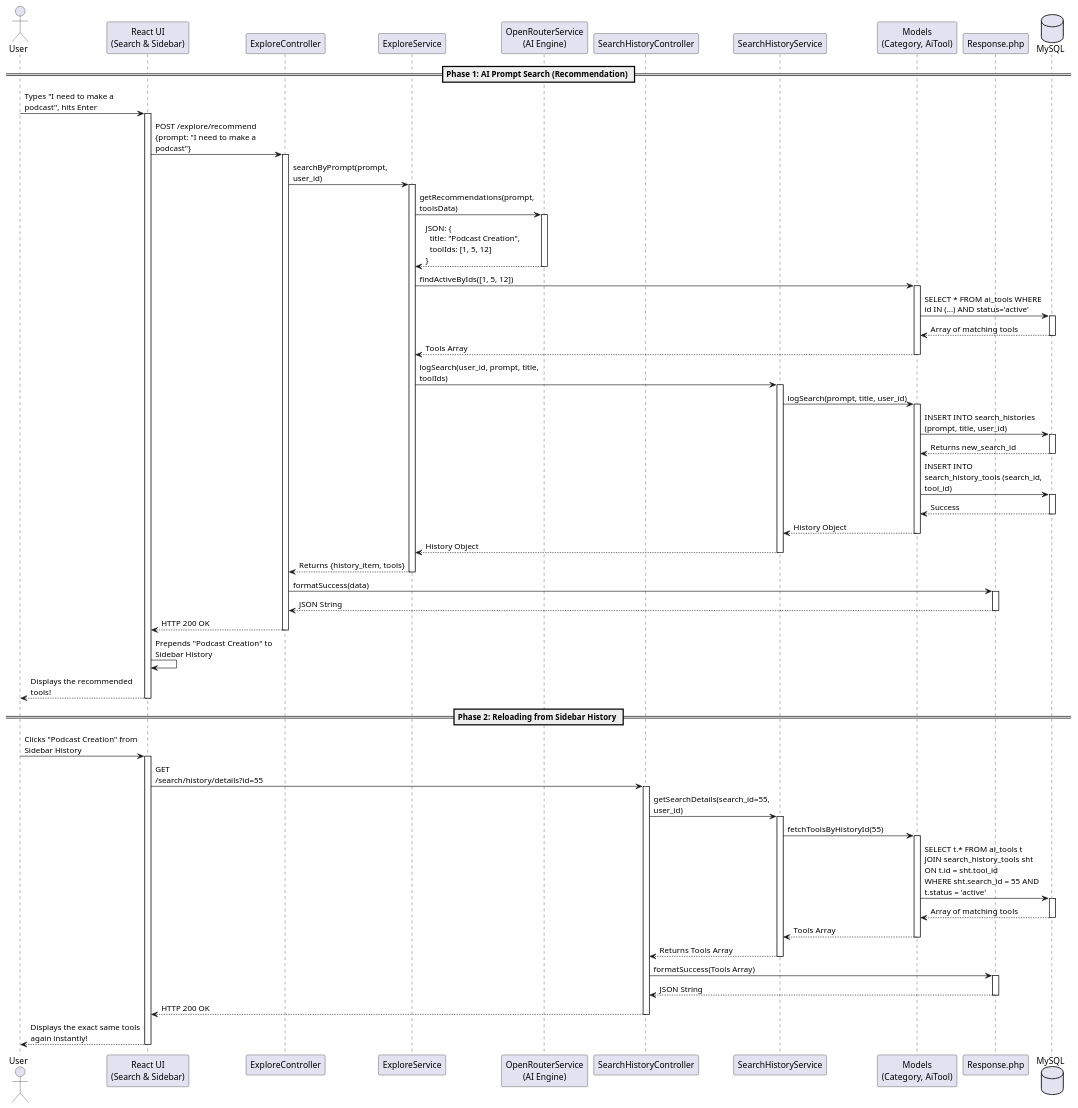
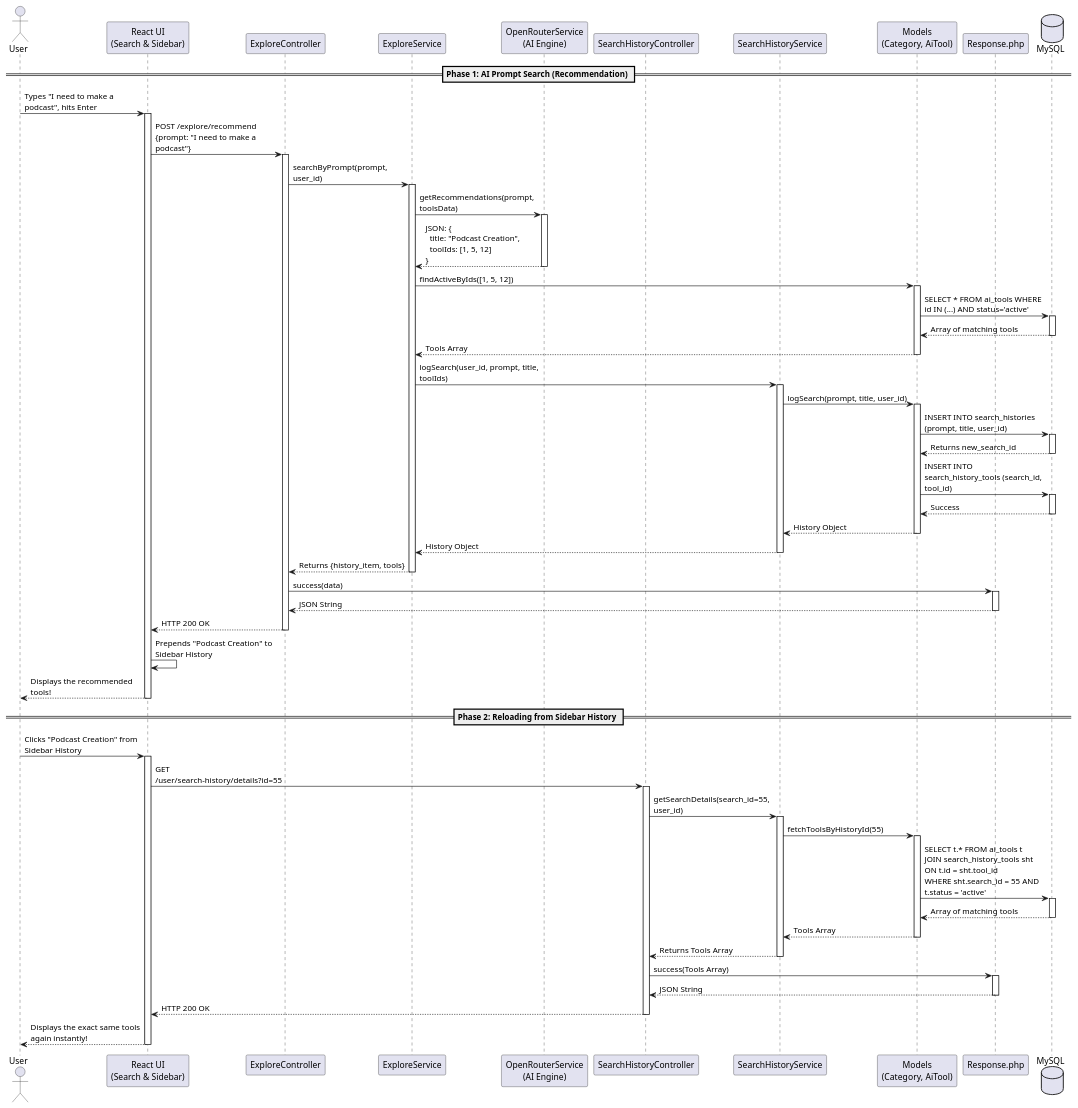
Before and after one commit to dss47/Penguins: the diagram in docs/sequence/searchAI.wsd, drawn with PlantUML. The commit also changed 11 other files, not shown here.

Commit message:
sequence edit

```diff
--- a/docs/sequence/searchAI.wsd
+++ b/docs/sequence/searchAI.wsd
@@ -1,109 +1,109 @@
 @startuml ai_semantic_search
 skinparam maxMessageSize 200
 
 actor "User" as user
 participant "React UI\n(Search & Sidebar)" as react
 participant "ExploreController" as explore_ctrl
 participant "ExploreService" as service
 participant "OpenRouterService\n(AI Engine)" as ai
 participant "SearchHistoryController" as history_ctrl
 participant "SearchHistoryService" as history_svc
 participant "Models\n(Category, AiTool)" as model
 participant "Response.php" as res
 database "MySQL" as db
 
 
 == Phase 1: AI Prompt Search (Recommendation) ==
 
 user -> react : Types "I need to make a podcast", hits Enter
 activate react
   
   react -> explore_ctrl : POST /explore/recommend\n{prompt: "I need to make a podcast"}
   activate explore_ctrl
     explore_ctrl -> service : searchByPrompt(prompt, user_id)
     activate service
       
       service -> ai : getRecommendations(prompt, toolsData)
       activate ai
         ai --> service : JSON: {\n  title: "Podcast Creation",\n  toolIds: [1, 5, 12]\n}
       deactivate ai
       
       service -> model : findActiveByIds([1, 5, 12])
       activate model
         model -> db : SELECT * FROM ai_tools WHERE id IN (...) AND status='active'
         activate db
           db --> model : Array of matching tools
         deactivate db
         model --> service : Tools Array
       deactivate model
       
       service -> history_svc : logSearch(user_id, prompt, title, toolIds)
       activate history_svc
         history_svc -> model : logSearch(prompt, title, user_id)
         activate model
           model -> db : INSERT INTO search_histories (prompt, title, user_id)
           activate db
             db --> model : Returns new_search_id
           deactivate db
           
           model -> db : INSERT INTO search_history_tools (search_id, tool_id)
           activate db
             db --> model : Success
           deactivate db
           model --> history_svc : History Object
         deactivate model
         history_svc --> service : History Object
       deactivate history_svc
       
       service --> explore_ctrl : Returns {history_item, tools}
     deactivate service
     
-    explore_ctrl -> res : formatSuccess(data)
+    explore_ctrl -> res : success(data)
     activate res
       res --> explore_ctrl : JSON String
     deactivate res
     
     explore_ctrl --> react : HTTP 200 OK
   deactivate explore_ctrl
   
   react -> react : Prepends "Podcast Creation" to Sidebar History
   react --> user : Displays the recommended tools!
 deactivate react
 
 
 == Phase 2: Reloading from Sidebar History ==
 
 user -> react : Clicks "Podcast Creation" from Sidebar History
 activate react
   
-  react -> history_ctrl : GET /search/history/details?id=55
+  react -> history_ctrl : GET /user/search-history/details?id=55
   activate history_ctrl
     history_ctrl -> history_svc : getSearchDetails(search_id=55, user_id)
     activate history_svc
       
       history_svc -> model : fetchToolsByHistoryId(55)
       activate model
         
         model -> db : SELECT t.* FROM ai_tools t\nJOIN search_history_tools sht ON t.id = sht.tool_id\nWHERE sht.search_id = 55 AND t.status = 'active'
         activate db
           db --> model : Array of matching tools
         deactivate db
         
         model --> history_svc : Tools Array
       deactivate model
       
       history_svc --> history_ctrl : Returns Tools Array
     deactivate history_svc
     
-    history_ctrl -> res : formatSuccess(Tools Array)
+    history_ctrl -> res : success(Tools Array)
     activate res
       res --> history_ctrl : JSON String
     deactivate res
     
     history_ctrl --> react : HTTP 200 OK
   deactivate history_ctrl
   
   react --> user : Displays the exact same tools again instantly!
 deactivate react
 
 @enduml
```
